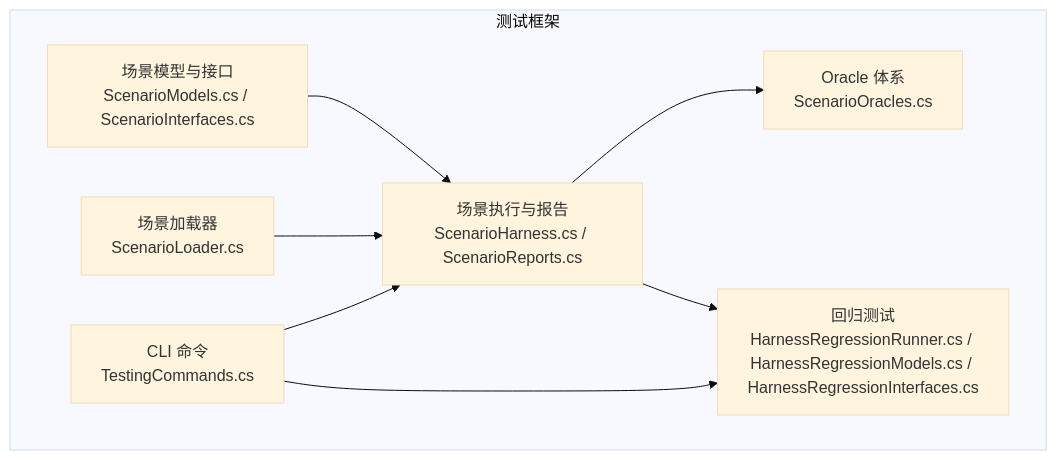
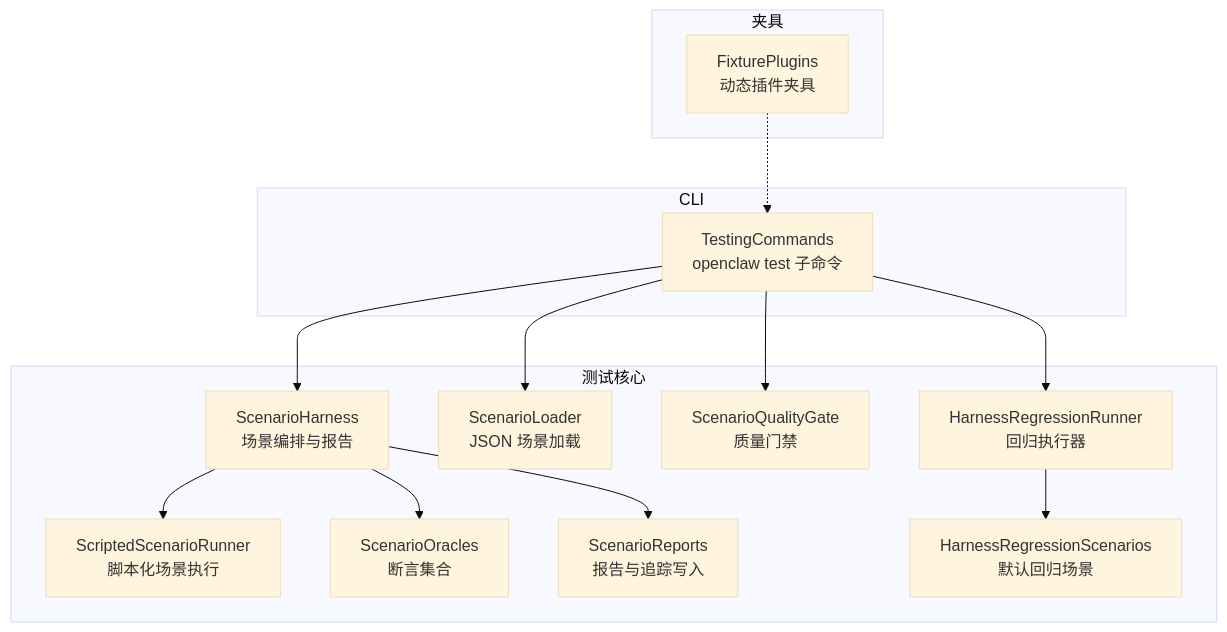
The first of 9 diagrams in .qoder/repowiki/zh/content/测试框架/测试框架.md (wayyet/kingcrab), drawn with Mermaid (base theme) before and after one commit. The commit also changed other lines of this file and 431 other files, not shown here.

````diff
--- a/.qoder/repowiki/zh/content/测试框架/测试框架.md
+++ b/.qoder/repowiki/zh/content/测试框架/测试框架.md
@@ -48,17 +47,28 @@
 ```mermaid
 graph TB
-subgraph "测试框架"
-A["场景模型与接口<br/>ScenarioModels.cs / ScenarioInterfaces.cs"]
-B["场景执行与报告<br/>ScenarioHarness.cs / ScenarioReports.cs"]
-C["Oracle 体系<br/>ScenarioOracles.cs"]
-D["场景加载器<br/>ScenarioLoader.cs"]
-E["回归测试<br/>HarnessRegressionRunner.cs / HarnessRegressionModels.cs / HarnessRegressionInterfaces.cs"]
-F["CLI 命令<br/>TestingCommands.cs"]
+subgraph "测试核心"
+A["ScenarioHarness<br/>场景编排与报告"]
+B["ScriptedScenarioRunner<br/>脚本化场景执行"]
+C["ScenarioLoader<br/>JSON 场景加载"]
+D["ScenarioQualityGate<br/>质量门禁"]
+E["ScenarioOracles<br/>断言集合"]
+F["ScenarioReports<br/>报告与追踪写入"]
+G["HarnessRegressionRunner<br/>回归执行器"]
+H["HarnessRegressionScenarios<br/>默认回归场景"]
 end
+subgraph "CLI"
+I["TestingCommands<br/>openclaw test 子命令"]
+end
+subgraph "夹具"
+J["FixturePlugins<br/>动态插件夹具"]
+end
+I --> C
+I --> D
+I --> A
 A --> B
-D --> B
-B --> C
-B --> E
-F --> B
-F --> E
+A --> E
+A --> F
+G --> H
+I --> G
+J -.-> I
 ```
````
